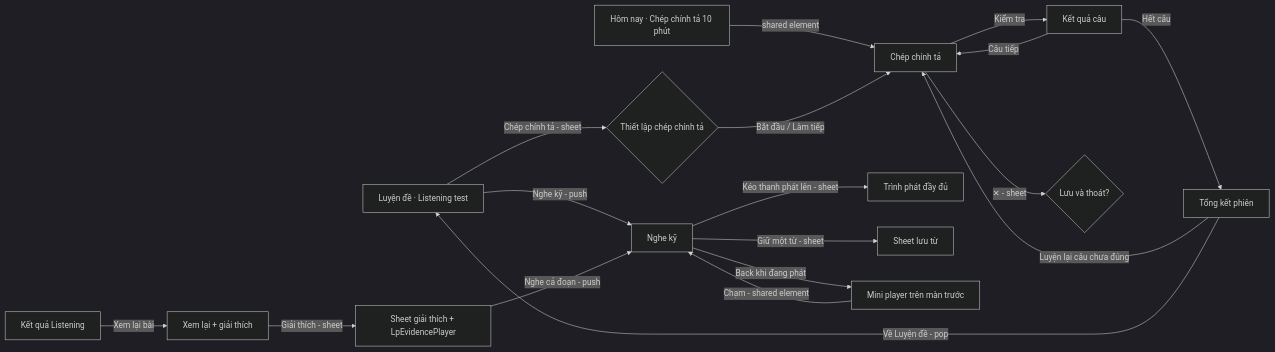
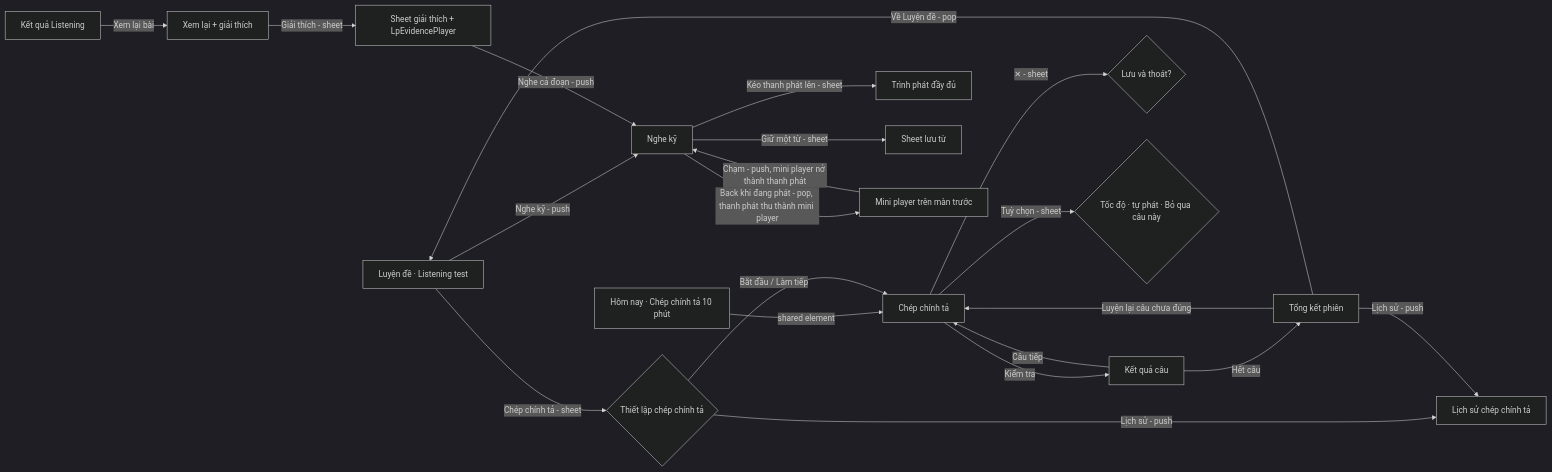
One commit to tuanmanh28/language-platform changed the diagram in docs/design/listening-study/README.md. Above: the diagram before and after it, drawn with Mermaid (dark theme). The commit also changed other lines of this file and 3 other files, not shown here.

````diff
--- a/docs/design/listening-study/README.md
+++ b/docs/design/listening-study/README.md
@@ -59,20 +59,23 @@
 ```mermaid
 flowchart LR
   Practice[Luyện đề · Listening test] -->|Nghe kỹ - push| Intensive[Nghe kỹ]
   Practice -->|Chép chính tả - sheet| Setup{Thiết lập chép chính tả}
   Home[Hôm nay · Chép chính tả 10 phút] -->|shared element| Dictation
   Result[Kết quả Listening] -->|Xem lại bài| Review[Xem lại + giải thích]
   Review -->|Giải thích - sheet| Explain[Sheet giải thích + LpEvidencePlayer]
   Explain -->|Nghe cả đoạn - push| Intensive
   Intensive -->|Kéo thanh phát lên - sheet| Full[Trình phát đầy đủ]
   Intensive -->|Giữ một từ - sheet| Word[Sheet lưu từ]
-  Intensive -->|Back khi đang phát| Mini[Mini player trên màn trước]
-  Mini -->|Chạm - shared element| Intensive
+  Intensive -->|Back khi đang phát - pop, thanh phát thu thành mini player| Mini[Mini player trên màn trước]
+  Mini -->|Chạm - push, mini player nở thành thanh phát| Intensive
   Setup -->|Bắt đầu / Làm tiếp| Dictation[Chép chính tả]
   Dictation -->|Kiểm tra| Checked[Kết quả câu]
   Checked -->|Câu tiếp| Dictation
   Checked -->|Hết câu| Summary[Tổng kết phiên]
   Dictation -->|✕ - sheet| Exit{Lưu và thoát?}
   Summary -->|Luyện lại câu chưa đúng| Dictation
   Summary -->|Về Luyện đề - pop| Practice
+  Setup -->|Lịch sử - push| History[Lịch sử chép chính tả]
+  Summary -->|Lịch sử - push| History
+  Dictation -->|Tuỳ chọn - sheet| Options{Tốc độ · tự phát · Bỏ qua câu này}
 ```
````
